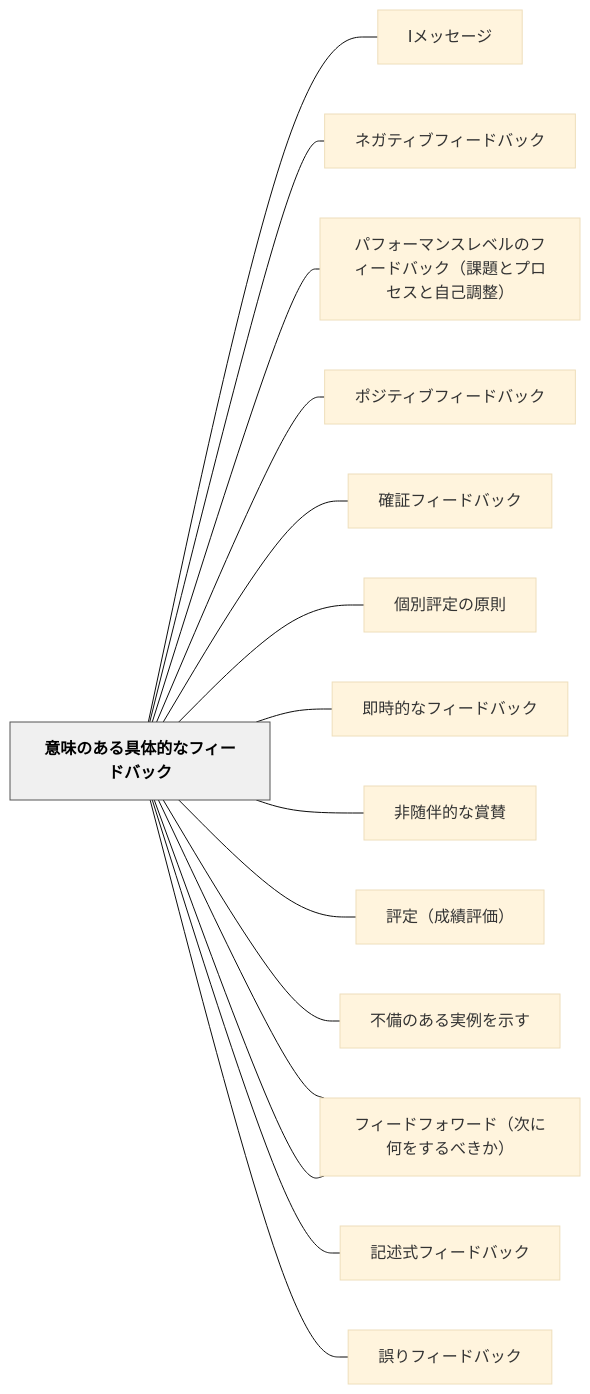
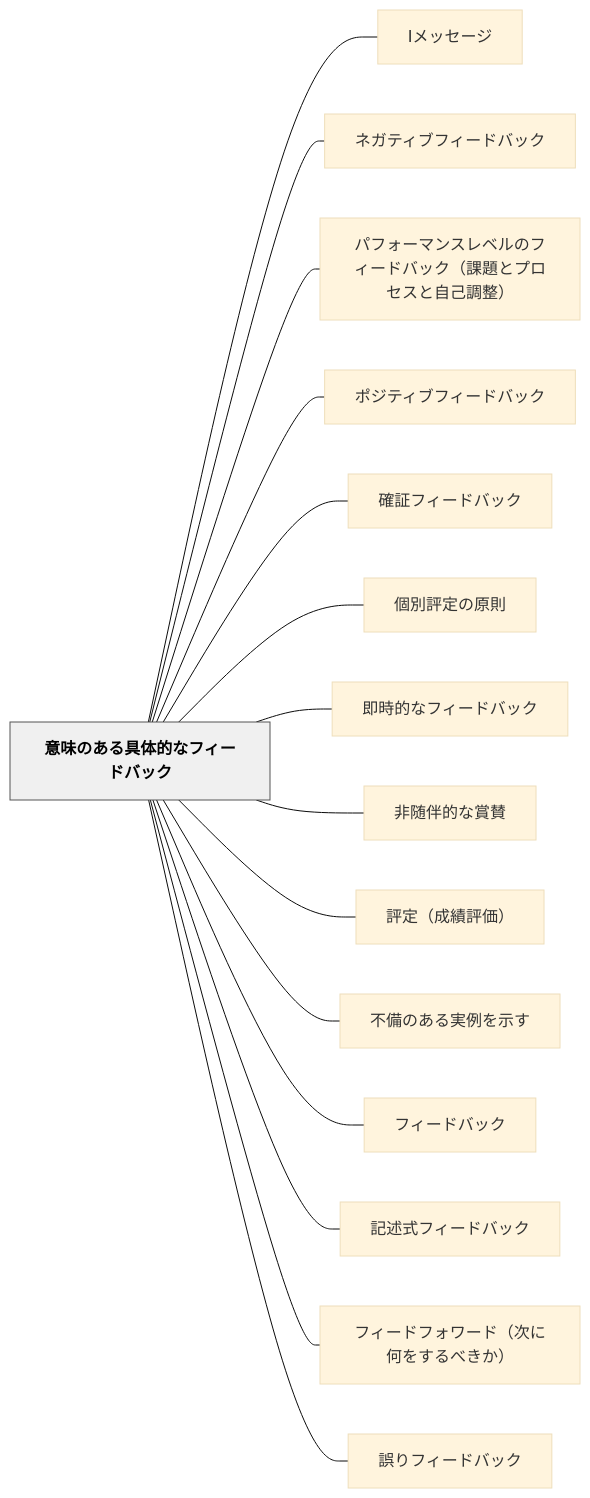
Before and after one commit to unknownthings-ed-patterns/unknownthings-ed-patterns: the diagram in content/パタン/意味のある具体的なフィードバック.md, drawn with Mermaid (base theme). The commit also changed 527 other files, not shown here.

````diff
--- a/content/パタン/意味のある具体的なフィードバック.md
+++ b/content/パタン/意味のある具体的なフィードバック.md
@@ -63,36 +63,36 @@
 ```mermaid
 flowchart LR
-    ne6848fe591b3["意味のある具体的なフィードバック"]
-    n49e383a1e383["Iメッセージ"]
-    ne3838de382ac["ネガティブフィードバック"]
-    ne38391e38395["パフォーマンスレベルのフィードバック（課題とプロセスと自己調整）"]
-    ne3839de382b8["ポジティブフィードバック"]
-    ne7a2bae8a8bc["確証フィードバック"]
-    ne5808be588a5["個別評定の原則"]
-    ne58db3e69982["即時的なフィードバック"]
-    ne99d9ee99a8f["非随伴的な賞賛"]
-    ne8a995e5ae9a["評定（成績評価）"]
-    ne4b88de58299["不備のある実例を示す"]
-    ne38395e382a3["フィードバック"]
-    ne8a898e8bfb0["記述式フィードバック"]
-    ne38395e382a3["フィードフォワード（次に何をするべきか）"]
-    ne8aaa4e3828a["誤りフィードバック"]
+    ne6848fe591b3e381aee38182e3828be585b7e4bd93e79a84e381aae38395e382a3e383bce38389e38390e38383e382af["意味のある具体的なフィードバック"]
+    n49e383a1e38383e382bbe383bce382b8["Iメッセージ"]
+    ne3838de382ace38386e382a3e38396e38395e382a3e383bce38389e38390e38383e382af["ネガティブフィードバック"]
+    ne38391e38395e382a9e383bce3839ee383b3e382b9e383ace38399e383abe381aee38395e382a3e383bce38389e38390e38383e382afefbc88e8aab2e9a18ce381a8e38397e383ade382bbe382b9e381a8e887aae5b7b1e8aabfe695b4efbc89["パフォーマンスレベルのフィードバック（課題とプロセスと自己調整）"]
+    ne3839de382b8e38386e382a3e38396e38395e382a3e383bce38389e38390e38383e382af["ポジティブフィードバック"]
+    ne7a2bae8a8bce38395e382a3e383bce38389e38390e38383e382af["確証フィードバック"]
+    ne5808be588a5e8a995e5ae9ae381aee58e9fe58987["個別評定の原則"]
+    ne58db3e69982e79a84e381aae38395e382a3e383bce38389e38390e38383e382af["即時的なフィードバック"]
+    ne99d9ee99a8fe4bcb4e79a84e381aae8b39ee8b39b["非随伴的な賞賛"]
+    ne8a995e5ae9aefbc88e68890e7b8bee8a995e4bea1efbc89["評定（成績評価）"]
+    ne4b88de58299e381aee38182e3828be5ae9fe4be8be38292e7a4bae38199["不備のある実例を示す"]
+    ne38395e382a3e383bce38389e38390e38383e382af["フィードバック"]
+    ne8a898e8bfb0e5bc8fe38395e382a3e383bce38389e38390e38383e382af["記述式フィードバック"]
+    ne38395e382a3e383bce38389e38395e382a9e383afe383bce38389efbc88e6aca1e381abe4bd95e38292e38199e3828be381b9e3818de3818befbc89["フィードフォワード（次に何をするべきか）"]
+    ne8aaa4e3828ae38395e382a3e383bce38389e38390e38383e382af["誤りフィードバック"]
 
-    ne6848fe591b3 --- n49e383a1e383
-    ne6848fe591b3 --- ne3838de382ac
-    ne6848fe591b3 --- ne38391e38395
-    ne6848fe591b3 --- ne3839de382b8
-    ne6848fe591b3 --- ne7a2bae8a8bc
-    ne6848fe591b3 --- ne5808be588a5
-    ne6848fe591b3 --- ne58db3e69982
-    ne6848fe591b3 --- ne99d9ee99a8f
-    ne6848fe591b3 --- ne8a995e5ae9a
-    ne6848fe591b3 --- ne4b88de58299
-    ne6848fe591b3 --- ne38395e382a3
-    ne6848fe591b3 --- ne8a898e8bfb0
-    ne6848fe591b3 --- ne38395e382a3
-    ne6848fe591b3 --- ne8aaa4e3828a
+    ne6848fe591b3e381aee38182e3828be585b7e4bd93e79a84e381aae38395e382a3e383bce38389e38390e38383e382af --- n49e383a1e38383e382bbe383bce382b8
+    ne6848fe591b3e381aee38182e3828be585b7e4bd93e79a84e381aae38395e382a3e383bce38389e38390e38383e382af --- ne3838de382ace38386e382a3e38396e38395e382a3e383bce38389e38390e38383e382af
+    ne6848fe591b3e381aee38182e3828be585b7e4bd93e79a84e381aae38395e382a3e383bce38389e38390e38383e382af --- ne38391e38395e382a9e383bce3839ee383b3e382b9e383ace38399e383abe381aee38395e382a3e383bce38389e38390e38383e382afefbc88e8aab2e9a18ce381a8e38397e383ade382bbe382b9e381a8e887aae5b7b1e8aabfe695b4efbc89
+    ne6848fe591b3e381aee38182e3828be585b7e4bd93e79a84e381aae38395e382a3e383bce38389e38390e38383e382af --- ne3839de382b8e38386e382a3e38396e38395e382a3e383bce38389e38390e38383e382af
+    ne6848fe591b3e381aee38182e3828be585b7e4bd93e79a84e381aae38395e382a3e383bce38389e38390e38383e382af --- ne7a2bae8a8bce38395e382a3e383bce38389e38390e38383e382af
+    ne6848fe591b3e381aee38182e3828be585b7e4bd93e79a84e381aae38395e382a3e383bce38389e38390e38383e382af --- ne5808be588a5e8a995e5ae9ae381aee58e9fe58987
+    ne6848fe591b3e381aee38182e3828be585b7e4bd93e79a84e381aae38395e382a3e383bce38389e38390e38383e382af --- ne58db3e69982e79a84e381aae38395e382a3e383bce38389e38390e38383e382af
+    ne6848fe591b3e381aee38182e3828be585b7e4bd93e79a84e381aae38395e382a3e383bce38389e38390e38383e382af --- ne99d9ee99a8fe4bcb4e79a84e381aae8b39ee8b39b
+    ne6848fe591b3e381aee38182e3828be585b7e4bd93e79a84e381aae38395e382a3e383bce38389e38390e38383e382af --- ne8a995e5ae9aefbc88e68890e7b8bee8a995e4bea1efbc89
+    ne6848fe591b3e381aee38182e3828be585b7e4bd93e79a84e381aae38395e382a3e383bce38389e38390e38383e382af --- ne4b88de58299e381aee38182e3828be5ae9fe4be8be38292e7a4bae38199
+    ne6848fe591b3e381aee38182e3828be585b7e4bd93e79a84e381aae38395e382a3e383bce38389e38390e38383e382af --- ne38395e382a3e383bce38389e38390e38383e382af
+    ne6848fe591b3e381aee38182e3828be585b7e4bd93e79a84e381aae38395e382a3e383bce38389e38390e38383e382af --- ne8a898e8bfb0e5bc8fe38395e382a3e383bce38389e38390e38383e382af
+    ne6848fe591b3e381aee38182e3828be585b7e4bd93e79a84e381aae38395e382a3e383bce38389e38390e38383e382af --- ne38395e382a3e383bce38389e38395e382a9e383afe383bce38389efbc88e6aca1e381abe4bd95e38292e38199e3828be381b9e3818de3818befbc89
+    ne6848fe591b3e381aee38182e3828be585b7e4bd93e79a84e381aae38395e382a3e383bce38389e38390e38383e382af --- ne8aaa4e3828ae38395e382a3e383bce38389e38390e38383e382af
 
     classDef hub fill:#f0f0f0,stroke:#555,color:#000,font-weight:bold
-    class ne6848fe591b3 hub
+    class ne6848fe591b3e381aee38182e3828be585b7e4bd93e79a84e381aae38395e382a3e383bce38389e38390e38383e382af hub
 ```
````
